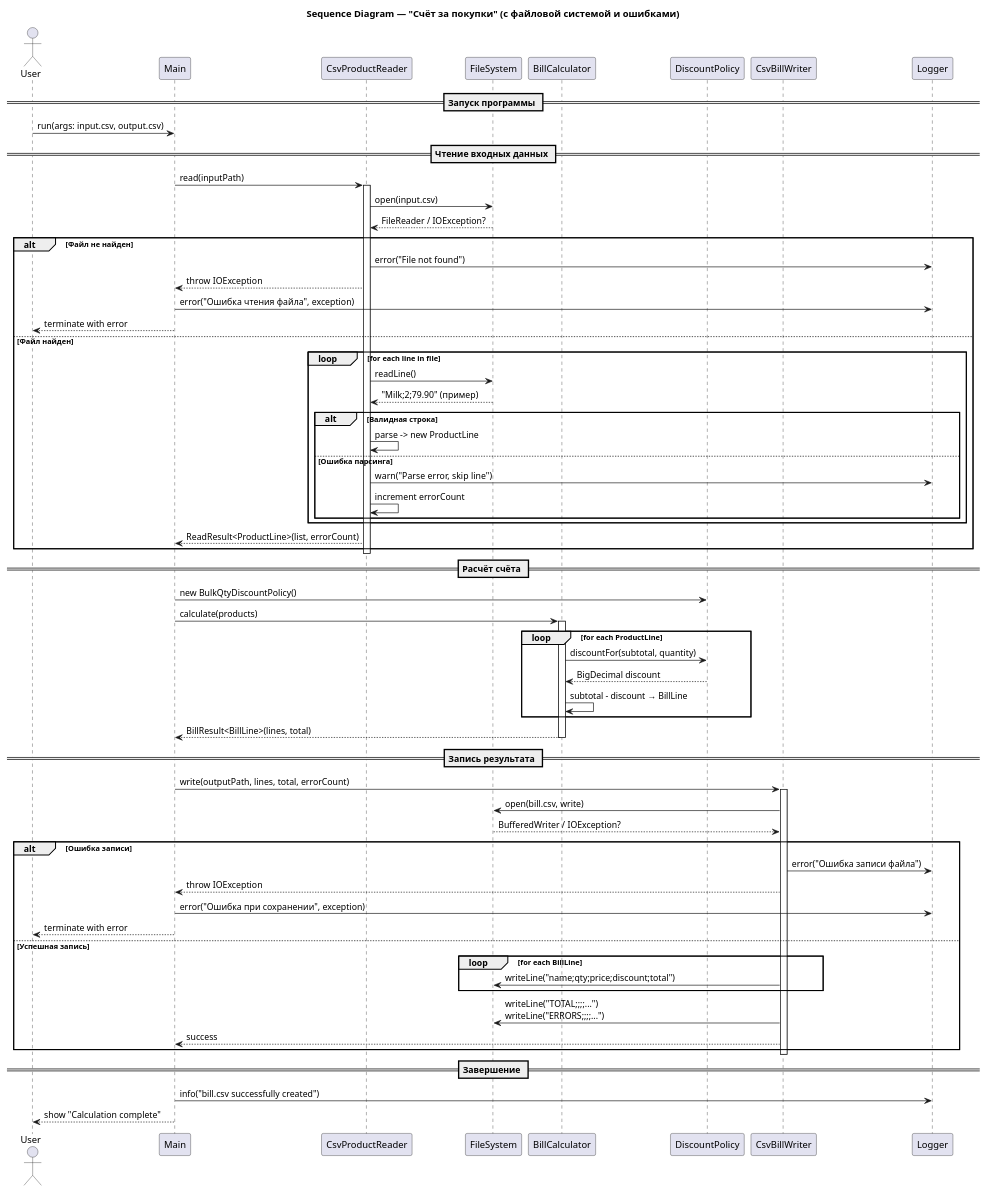
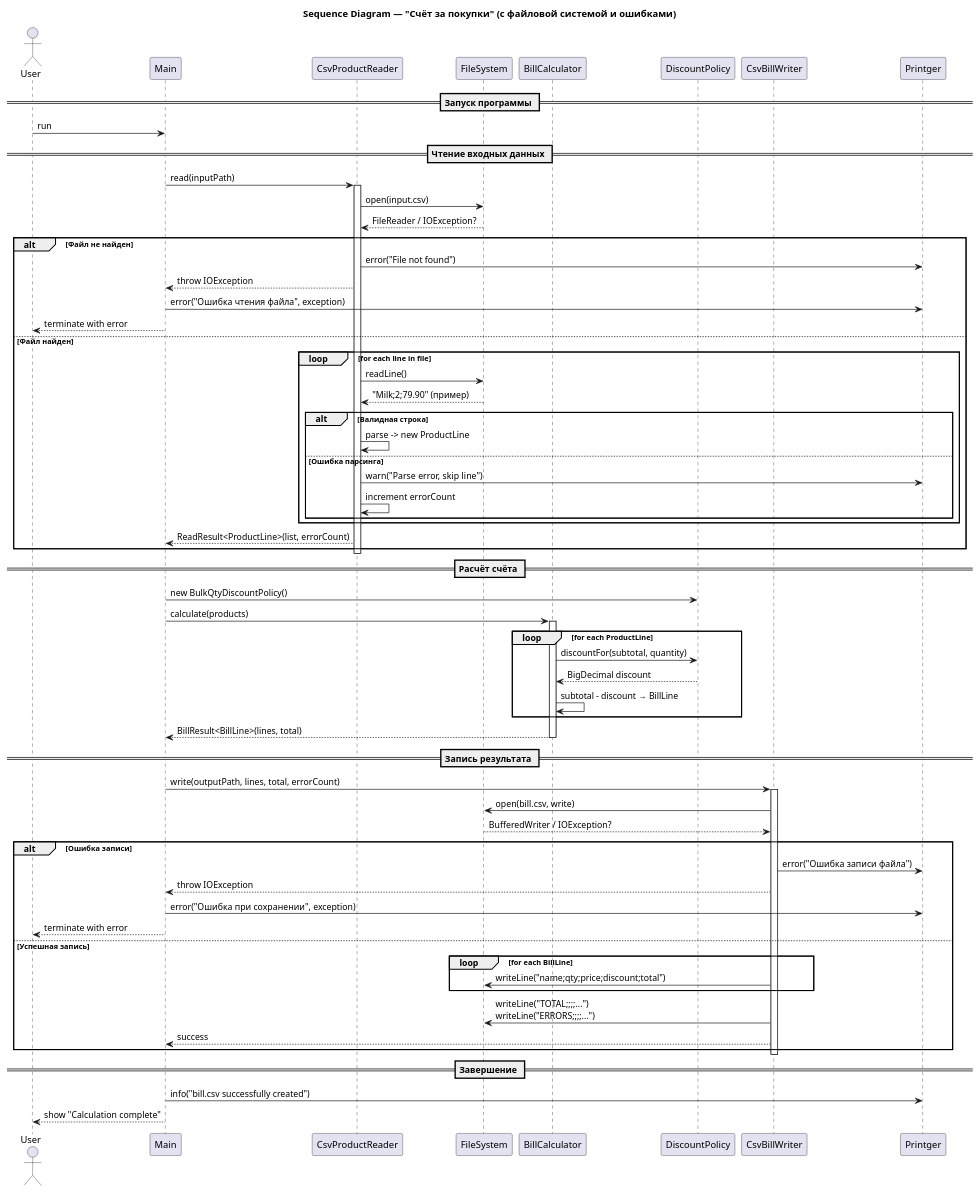
One commit to Evgeniy-A/small-files-homework changed the diagram in readme.md. Above: the diagram before and after it, drawn with PlantUML.

````diff
--- a/readme.md
+++ b/readme.md
@@ -229,82 +229,82 @@
 ```plantuml
 @startuml
 title Sequence Diagram — "Счёт за покупки" (с файловой системой и ошибками)
 
 actor User
 participant Main
 participant CsvProductReader
 participant FileSystem
 participant BillCalculator
 participant DiscountPolicy
 participant CsvBillWriter
-participant Logger as Log
+participant Printger as Print
 
 == Запуск программы ==
-User -> Main: run(args: input.csv, output.csv)
+User -> Main: run
 
 == Чтение входных данных ==
 Main -> CsvProductReader: read(inputPath)
 activate CsvProductReader
 
 CsvProductReader -> FileSystem: open(input.csv)
 FileSystem --> CsvProductReader: FileReader / IOException?
 
 alt Файл не найден
-    CsvProductReader -> Log: error("File not found")
+    CsvProductReader -> Print: error("File not found")
     CsvProductReader --> Main: throw IOException
-    Main -> Log: error("Ошибка чтения файла", exception)
+    Main -> Print: error("Ошибка чтения файла", exception)
     Main --> User: terminate with error
 else Файл найден
     loop for each line in file
         CsvProductReader -> FileSystem: readLine()
         FileSystem --> CsvProductReader: "Milk;2;79.90" (пример)
         alt Валидная строка
             CsvProductReader -> CsvProductReader: parse -> new ProductLine
         else Ошибка парсинга
-            CsvProductReader -> Log: warn("Parse error, skip line")
+            CsvProductReader -> Print: warn("Parse error, skip line")
             CsvProductReader -> CsvProductReader: increment errorCount
         end
     end
     CsvProductReader --> Main: ReadResult<ProductLine>(list, errorCount)
 end
 deactivate CsvProductReader
 
 == Расчёт счёта ==
 Main -> DiscountPolicy: new BulkQtyDiscountPolicy()
 Main -> BillCalculator: calculate(products)
 activate BillCalculator
 loop for each ProductLine
     BillCalculator -> DiscountPolicy: discountFor(subtotal, quantity)
     DiscountPolicy --> BillCalculator: BigDecimal discount
     BillCalculator -> BillCalculator: subtotal - discount → BillLine
 end
 BillCalculator --> Main: BillResult<BillLine>(lines, total)
 deactivate BillCalculator
 
 == Запись результата ==
 Main -> CsvBillWriter: write(outputPath, lines, total, errorCount)
 activate CsvBillWriter
 CsvBillWriter -> FileSystem: open(bill.csv, write)
 FileSystem --> CsvBillWriter: BufferedWriter / IOException?
 
 alt Ошибка записи
-    CsvBillWriter -> Log: error("Ошибка записи файла")
+    CsvBillWriter -> Print: error("Ошибка записи файла")
     CsvBillWriter --> Main: throw IOException
-    Main -> Log: error("Ошибка при сохранении", exception)
+    Main -> Print: error("Ошибка при сохранении", exception)
     Main --> User: terminate with error
 else Успешная запись
     loop for each BillLine
         CsvBillWriter -> FileSystem: writeLine("name;qty;price;discount;total")
     end
     CsvBillWriter -> FileSystem: writeLine("TOTAL;;;;...")\nwriteLine("ERRORS;;;;...")
     CsvBillWriter --> Main: success
 end
 deactivate CsvBillWriter
 
 == Завершение ==
-Main -> Log: info("bill.csv successfully created")
+Main -> Print: info("bill.csv successfully created")
 Main --> User: show "Calculation complete"
 
 @enduml
 
 ```
````
